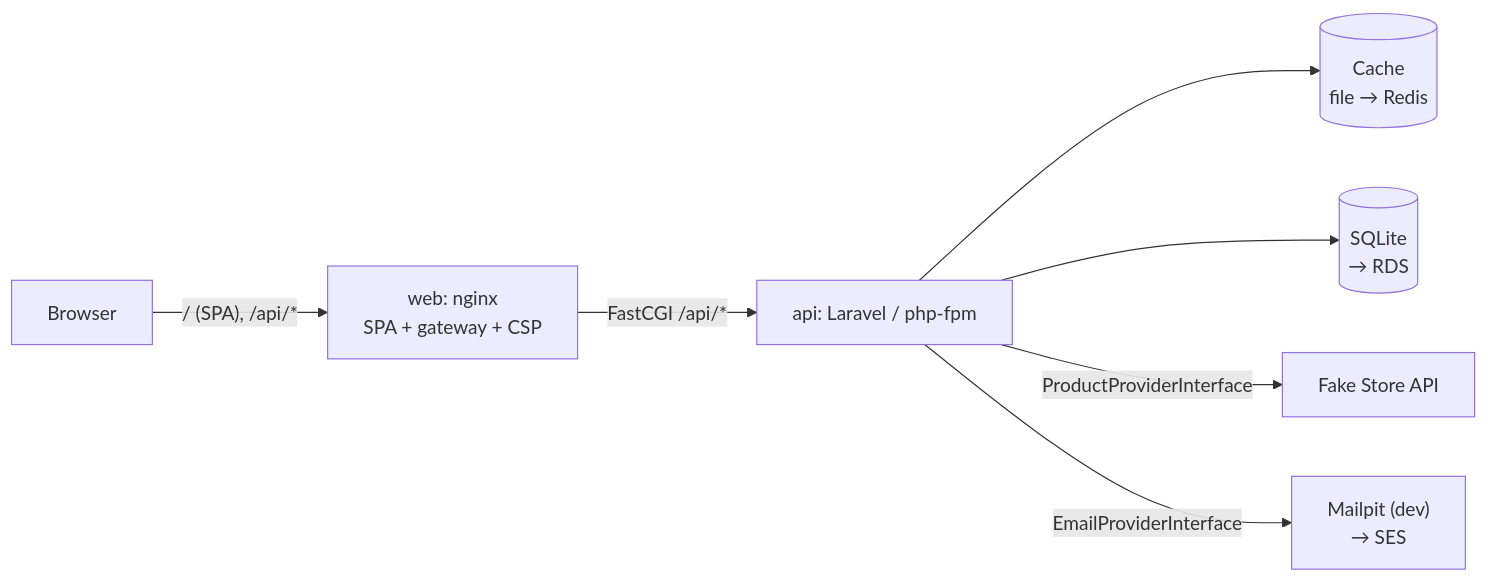
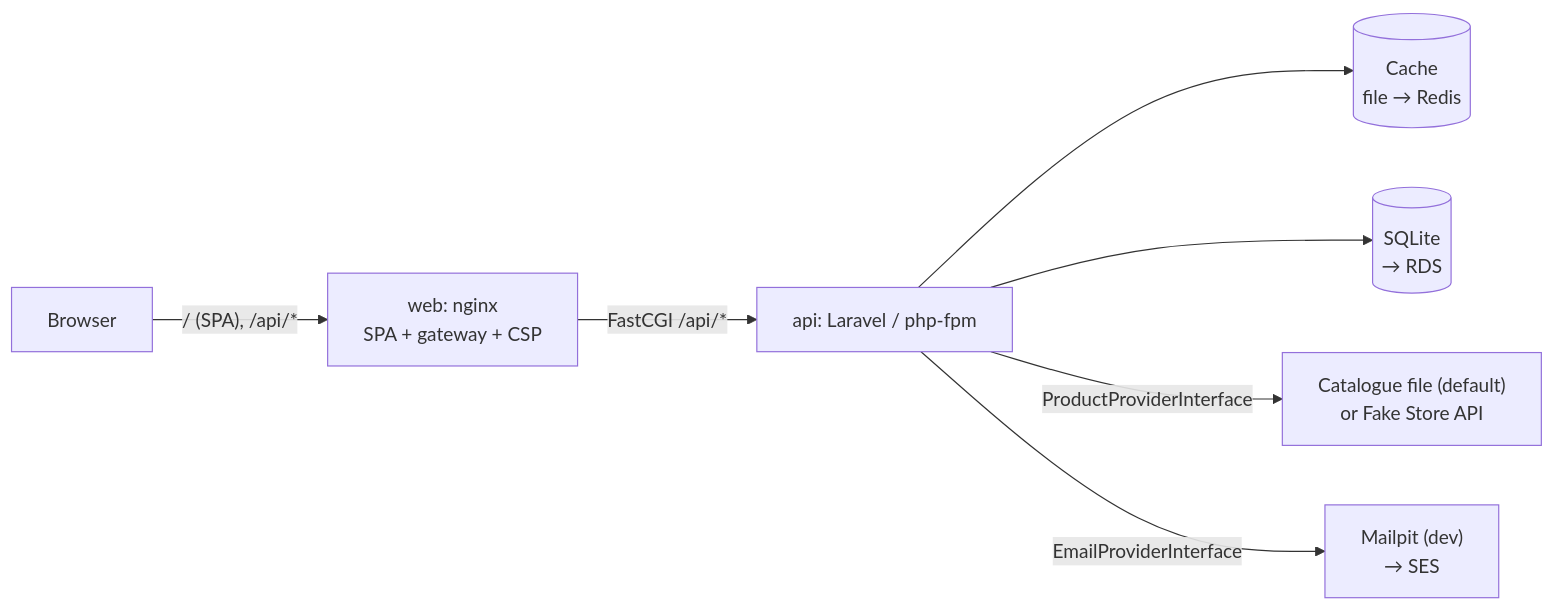
One commit to mailtohema4638-ux/product-catalog-ai changed the first of 2 diagrams in ARCHITECTURE.md. Above: the diagram before and after it, drawn with Mermaid. The commit also changed other lines of this file and 21 other files, not shown here.

First line of the commit message:
feat: default to a bundled office catalogue; Fake Store becomes an optional provider

````diff
--- a/ARCHITECTURE.md
+++ b/ARCHITECTURE.md
@@ -15,9 +15,9 @@
 ```mermaid
 flowchart LR
     Browser -->|"/ (SPA), /api/*"| Gateway["web: nginx<br/>SPA + gateway + CSP"]
     Gateway -->|"FastCGI /api/*"| API["api: Laravel / php-fpm"]
     API --> Cache[("Cache<br/>file → Redis")]
     API --> DB[("SQLite<br/>→ RDS")]
-    API -->|"ProductProviderInterface"| FS["Fake Store API"]
+    API -->|"ProductProviderInterface"| Cat["Catalogue file (default)<br/>or Fake Store API"]
     API -->|"EmailProviderInterface"| Mail["Mailpit (dev)<br/>→ SES"]
 ```
````
